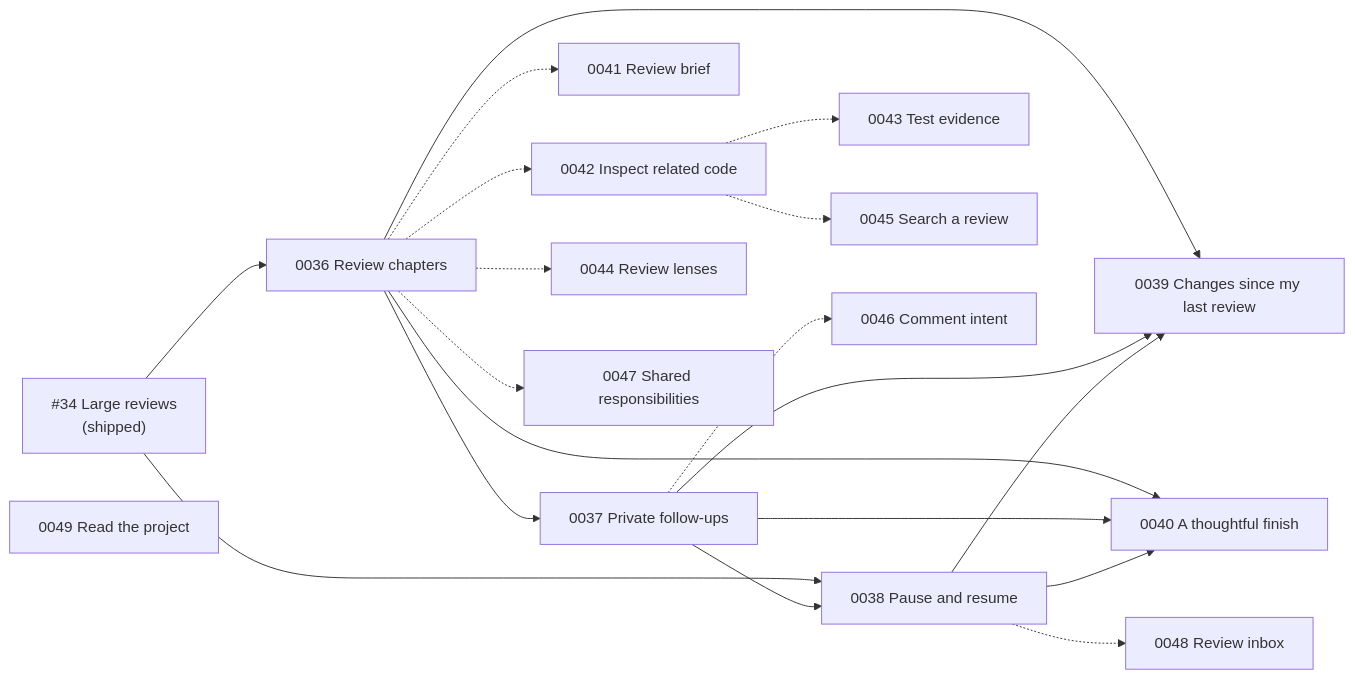
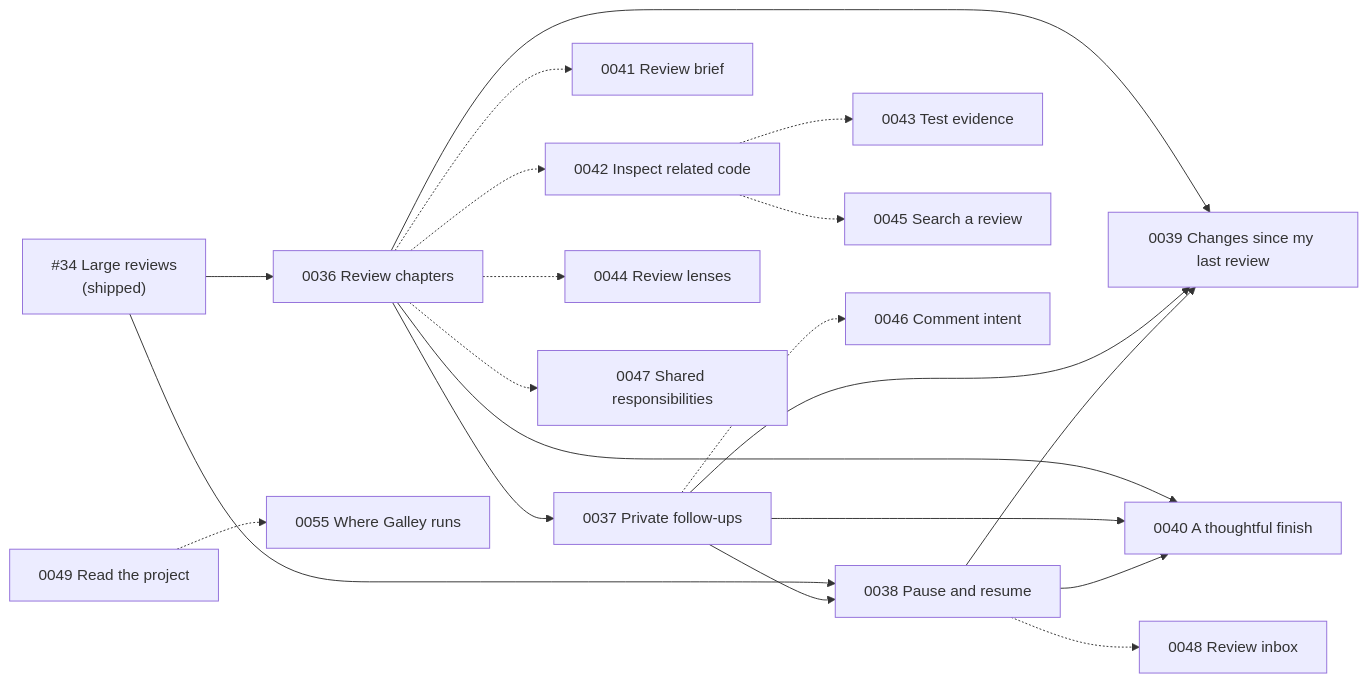
Before and after one commit to m9rc1n/galley: the second of 2 diagrams in docs/rfcs/README.md, drawn with Mermaid. The commit also changed other lines of this file and 5 other files, not shown here.

First line of the commit message:
docs: propose choosing where Galley runs, how it opens and which features it offers

````diff
--- a/docs/rfcs/README.md
+++ b/docs/rfcs/README.md
@@ -108,18 +109,19 @@
 ```mermaid
 flowchart LR
   L["#34 Large reviews<br/>(shipped)"] --> C36["0036 Review chapters"]
   L --> C38["0038 Pause and resume"]
   C36 --> C37["0037 Private follow-ups"]
   C37 --> C38
   C36 & C37 & C38 --> C39["0039 Changes since my last review"]
   C36 & C37 & C38 --> C40["0040 A thoughtful finish"]
   C36 -.-> C41["0041 Review brief"]
   C36 -.-> C42["0042 Inspect related code"]
   C42 -.-> C43["0043 Test evidence"]
   C36 -.-> C44["0044 Review lenses"]
   C42 -.-> C45["0045 Search a review"]
   C37 -.-> C46["0046 Comment intent"]
   C36 -.-> C47["0047 Shared responsibilities"]
   C38 -.-> C48["0048 Review inbox"]
   C49["0049 Read the project"]
+  C49 -.-> C55["0055 Where Galley runs"]
 ```
````
